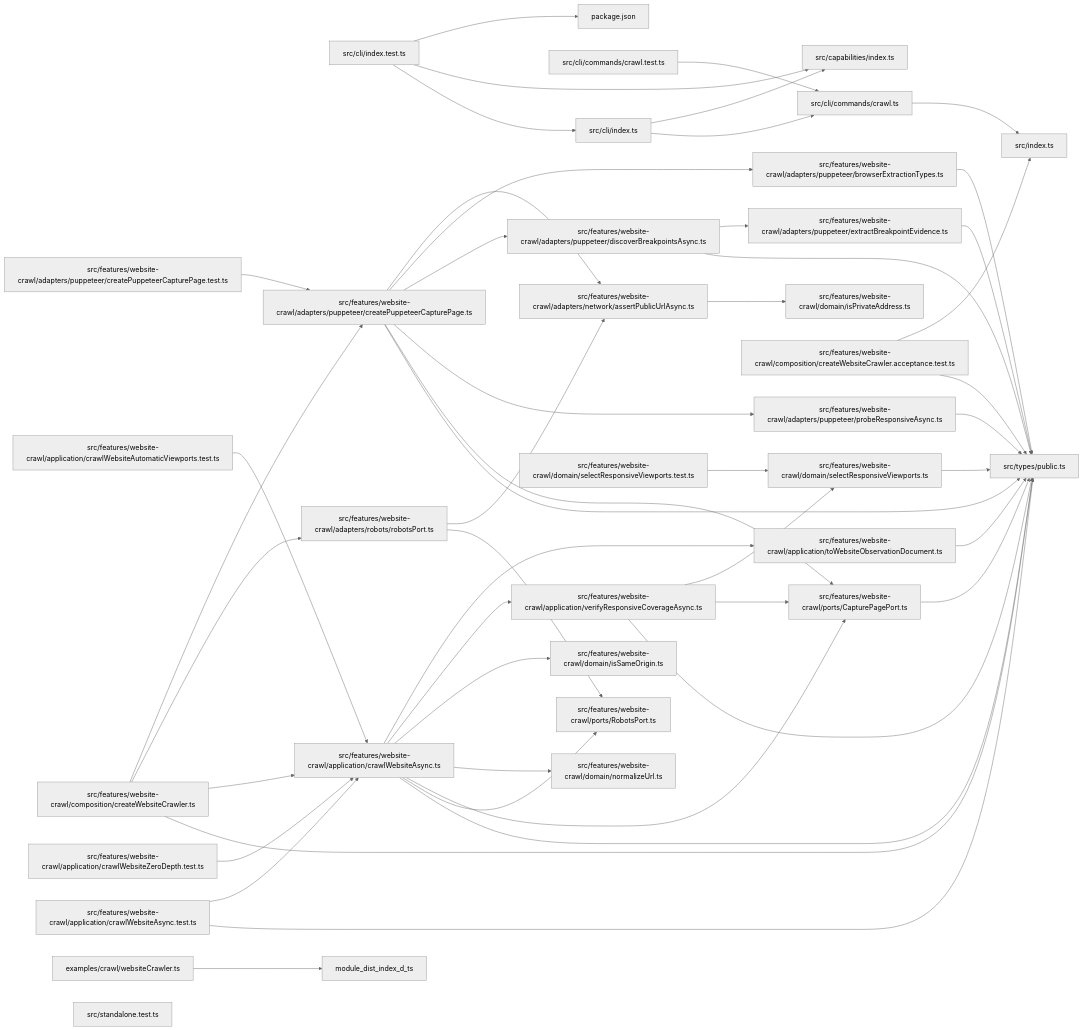
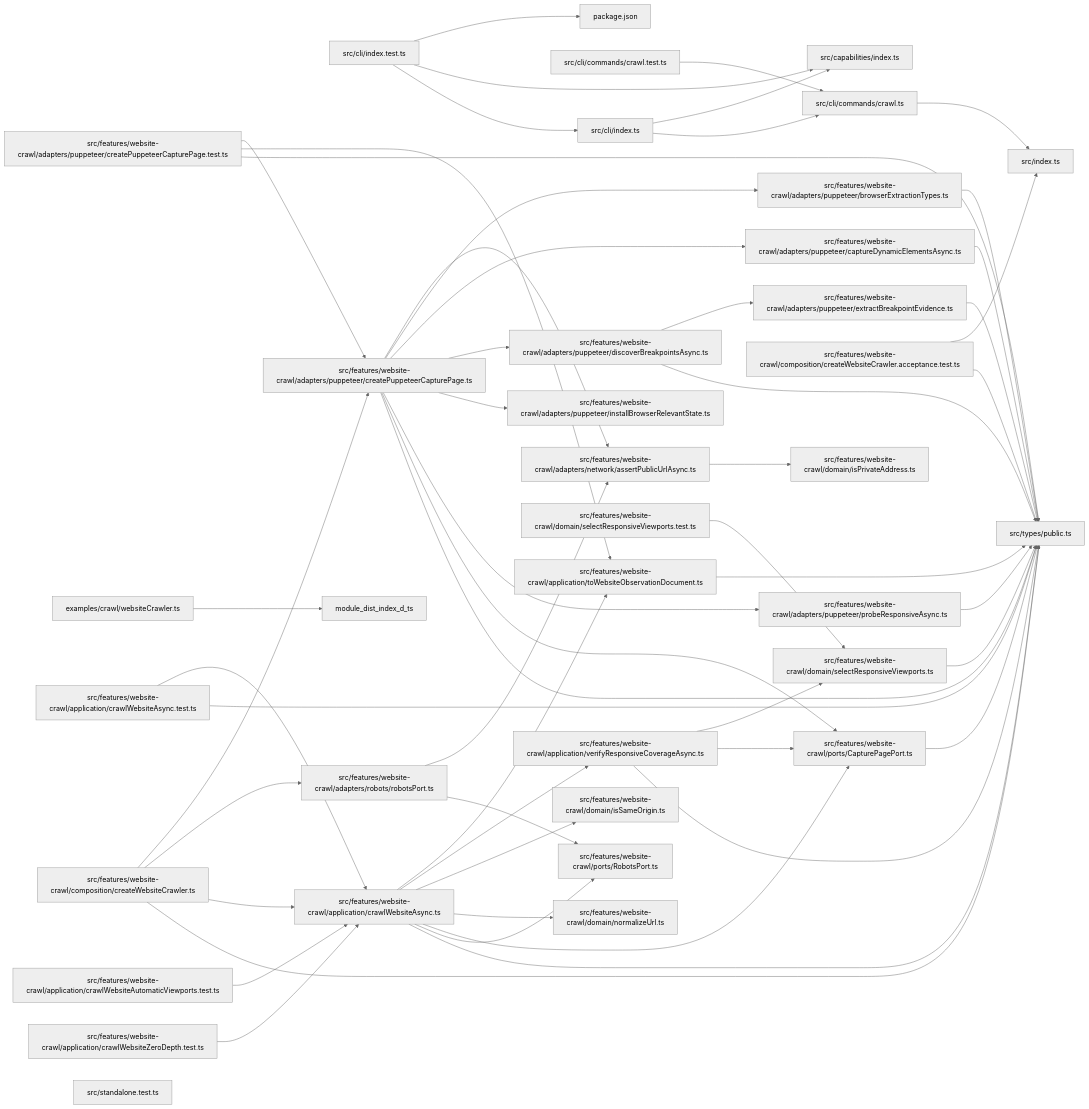
One commit to ankhorage/scraper changed the diagram in paradox/diagrams/module-relationships.mmd. Above: the diagram before and after it, drawn with Mermaid (neutral theme). The commit also changed 12 other files, not shown here.

```diff
--- a/paradox/diagrams/module-relationships.mmd
+++ b/paradox/diagrams/module-relationships.mmd
@@ -1,81 +1,88 @@
 graph LR
   module_examples_crawl_websiteCrawler_ts["examples/crawl/websiteCrawler.ts"]
   module_package_json["package.json"]
   module_src_capabilities_index_ts["src/capabilities/index.ts"]
   module_src_cli_commands_crawl_test_ts["src/cli/commands/crawl.test.ts"]
   module_src_cli_commands_crawl_ts["src/cli/commands/crawl.ts"]
   module_src_cli_index_test_ts["src/cli/index.test.ts"]
   module_src_cli_index_ts["src/cli/index.ts"]
   module_src_features_website_crawl_adapters_network_assertPublicUrlAsync_ts["src/features/website-crawl/adapters/network/assertPublicUrlAsync.ts"]
   module_src_features_website_crawl_adapters_puppeteer_browserExtractionTypes_ts["src/features/website-crawl/adapters/puppeteer/browserExtractionTypes.ts"]
+  module_src_features_website_crawl_adapters_puppeteer_captureDynamicElementsAsync_ts["src/features/website-crawl/adapters/puppeteer/captureDynamicElementsAsync.ts"]
   module_src_features_website_crawl_adapters_puppeteer_createPuppeteerCapturePage_test_ts["src/features/website-crawl/adapters/puppeteer/createPuppeteerCapturePage.test.ts"]
   module_src_features_website_crawl_adapters_puppeteer_createPuppeteerCapturePage_ts["src/features/website-crawl/adapters/puppeteer/createPuppeteerCapturePage.ts"]
   module_src_features_website_crawl_adapters_puppeteer_discoverBreakpointsAsync_ts["src/features/website-crawl/adapters/puppeteer/discoverBreakpointsAsync.ts"]
   module_src_features_website_crawl_adapters_puppeteer_extractBreakpointEvidence_ts["src/features/website-crawl/adapters/puppeteer/extractBreakpointEvidence.ts"]
+  module_src_features_website_crawl_adapters_puppeteer_installBrowserRelevantState_ts["src/features/website-crawl/adapters/puppeteer/installBrowserRelevantState.ts"]
   module_src_features_website_crawl_adapters_puppeteer_probeResponsiveAsync_ts["src/features/website-crawl/adapters/puppeteer/probeResponsiveAsync.ts"]
   module_src_features_website_crawl_adapters_robots_robotsPort_ts["src/features/website-crawl/adapters/robots/robotsPort.ts"]
   module_src_features_website_crawl_application_crawlWebsiteAsync_test_ts["src/features/website-crawl/application/crawlWebsiteAsync.test.ts"]
   module_src_features_website_crawl_application_crawlWebsiteAsync_ts["src/features/website-crawl/application/crawlWebsiteAsync.ts"]
   module_src_features_website_crawl_application_crawlWebsiteAutomaticViewports_test_ts["src/features/website-crawl/application/crawlWebsiteAutomaticViewports.test.ts"]
   module_src_features_website_crawl_application_crawlWebsiteZeroDepth_test_ts["src/features/website-crawl/application/crawlWebsiteZeroDepth.test.ts"]
   module_src_features_website_crawl_application_toWebsiteObservationDocument_ts["src/features/website-crawl/application/toWebsiteObservationDocument.ts"]
   module_src_features_website_crawl_application_verifyResponsiveCoverageAsync_ts["src/features/website-crawl/application/verifyResponsiveCoverageAsync.ts"]
   module_src_features_website_crawl_composition_createWebsiteCrawler_acceptance_test_ts["src/features/website-crawl/composition/createWebsiteCrawler.acceptance.test.ts"]
   module_src_features_website_crawl_composition_createWebsiteCrawler_ts["src/features/website-crawl/composition/createWebsiteCrawler.ts"]
   module_src_features_website_crawl_domain_isPrivateAddress_ts["src/features/website-crawl/domain/isPrivateAddress.ts"]
   module_src_features_website_crawl_domain_isSameOrigin_ts["src/features/website-crawl/domain/isSameOrigin.ts"]
   module_src_features_website_crawl_domain_normalizeUrl_ts["src/features/website-crawl/domain/normalizeUrl.ts"]
   module_src_features_website_crawl_domain_selectResponsiveViewports_test_ts["src/features/website-crawl/domain/selectResponsiveViewports.test.ts"]
   module_src_features_website_crawl_domain_selectResponsiveViewports_ts["src/features/website-crawl/domain/selectResponsiveViewports.ts"]
   module_src_features_website_crawl_ports_CapturePagePort_ts["src/features/website-crawl/ports/CapturePagePort.ts"]
   module_src_features_website_crawl_ports_RobotsPort_ts["src/features/website-crawl/ports/RobotsPort.ts"]
   module_src_index_ts["src/index.ts"]
   module_src_standalone_test_ts["src/standalone.test.ts"]
   module_src_types_public_ts["src/types/public.ts"]
   module_examples_crawl_websiteCrawler_ts --> module_dist_index_d_ts
   module_src_cli_commands_crawl_test_ts --> module_src_cli_commands_crawl_ts
   module_src_cli_commands_crawl_ts --> module_src_index_ts
   module_src_cli_index_test_ts --> module_package_json
   module_src_cli_index_test_ts --> module_src_capabilities_index_ts
   module_src_cli_index_test_ts --> module_src_cli_index_ts
   module_src_cli_index_ts --> module_src_capabilities_index_ts
   module_src_cli_index_ts --> module_src_cli_commands_crawl_ts
   module_src_features_website_crawl_adapters_network_assertPublicUrlAsync_ts --> module_src_features_website_crawl_domain_isPrivateAddress_ts
   module_src_features_website_crawl_adapters_puppeteer_browserExtractionTypes_ts --> module_src_types_public_ts
+  module_src_features_website_crawl_adapters_puppeteer_captureDynamicElementsAsync_ts --> module_src_types_public_ts
   module_src_features_website_crawl_adapters_puppeteer_createPuppeteerCapturePage_test_ts --> module_src_features_website_crawl_adapters_puppeteer_createPuppeteerCapturePage_ts
+  module_src_features_website_crawl_adapters_puppeteer_createPuppeteerCapturePage_test_ts --> module_src_features_website_crawl_application_toWebsiteObservationDocument_ts
+  module_src_features_website_crawl_adapters_puppeteer_createPuppeteerCapturePage_test_ts --> module_src_types_public_ts
   module_src_features_website_crawl_adapters_puppeteer_createPuppeteerCapturePage_ts --> module_src_features_website_crawl_adapters_network_assertPublicUrlAsync_ts
   module_src_features_website_crawl_adapters_puppeteer_createPuppeteerCapturePage_ts --> module_src_features_website_crawl_adapters_puppeteer_browserExtractionTypes_ts
+  module_src_features_website_crawl_adapters_puppeteer_createPuppeteerCapturePage_ts --> module_src_features_website_crawl_adapters_puppeteer_captureDynamicElementsAsync_ts
   module_src_features_website_crawl_adapters_puppeteer_createPuppeteerCapturePage_ts --> module_src_features_website_crawl_adapters_puppeteer_discoverBreakpointsAsync_ts
+  module_src_features_website_crawl_adapters_puppeteer_createPuppeteerCapturePage_ts --> module_src_features_website_crawl_adapters_puppeteer_installBrowserRelevantState_ts
   module_src_features_website_crawl_adapters_puppeteer_createPuppeteerCapturePage_ts --> module_src_features_website_crawl_adapters_puppeteer_probeResponsiveAsync_ts
   module_src_features_website_crawl_adapters_puppeteer_createPuppeteerCapturePage_ts --> module_src_features_website_crawl_ports_CapturePagePort_ts
   module_src_features_website_crawl_adapters_puppeteer_createPuppeteerCapturePage_ts --> module_src_types_public_ts
   module_src_features_website_crawl_adapters_puppeteer_discoverBreakpointsAsync_ts --> module_src_features_website_crawl_adapters_puppeteer_extractBreakpointEvidence_ts
   module_src_features_website_crawl_adapters_puppeteer_discoverBreakpointsAsync_ts --> module_src_types_public_ts
   module_src_features_website_crawl_adapters_puppeteer_extractBreakpointEvidence_ts --> module_src_types_public_ts
   module_src_features_website_crawl_adapters_puppeteer_probeResponsiveAsync_ts --> module_src_types_public_ts
   module_src_features_website_crawl_adapters_robots_robotsPort_ts --> module_src_features_website_crawl_adapters_network_assertPublicUrlAsync_ts
   module_src_features_website_crawl_adapters_robots_robotsPort_ts --> module_src_features_website_crawl_ports_RobotsPort_ts
   module_src_features_website_crawl_application_crawlWebsiteAsync_test_ts --> module_src_features_website_crawl_application_crawlWebsiteAsync_ts
   module_src_features_website_crawl_application_crawlWebsiteAsync_test_ts --> module_src_types_public_ts
   module_src_features_website_crawl_application_crawlWebsiteAsync_ts --> module_src_features_website_crawl_application_toWebsiteObservationDocument_ts
   module_src_features_website_crawl_application_crawlWebsiteAsync_ts --> module_src_features_website_crawl_application_verifyResponsiveCoverageAsync_ts
   module_src_features_website_crawl_application_crawlWebsiteAsync_ts --> module_src_features_website_crawl_domain_isSameOrigin_ts
   module_src_features_website_crawl_application_crawlWebsiteAsync_ts --> module_src_features_website_crawl_domain_normalizeUrl_ts
   module_src_features_website_crawl_application_crawlWebsiteAsync_ts --> module_src_features_website_crawl_ports_CapturePagePort_ts
   module_src_features_website_crawl_application_crawlWebsiteAsync_ts --> module_src_features_website_crawl_ports_RobotsPort_ts
   module_src_features_website_crawl_application_crawlWebsiteAsync_ts --> module_src_types_public_ts
   module_src_features_website_crawl_application_crawlWebsiteAutomaticViewports_test_ts --> module_src_features_website_crawl_application_crawlWebsiteAsync_ts
   module_src_features_website_crawl_application_crawlWebsiteZeroDepth_test_ts --> module_src_features_website_crawl_application_crawlWebsiteAsync_ts
   module_src_features_website_crawl_application_toWebsiteObservationDocument_ts --> module_src_types_public_ts
   module_src_features_website_crawl_application_verifyResponsiveCoverageAsync_ts --> module_src_features_website_crawl_domain_selectResponsiveViewports_ts
   module_src_features_website_crawl_application_verifyResponsiveCoverageAsync_ts --> module_src_features_website_crawl_ports_CapturePagePort_ts
   module_src_features_website_crawl_application_verifyResponsiveCoverageAsync_ts --> module_src_types_public_ts
   module_src_features_website_crawl_composition_createWebsiteCrawler_acceptance_test_ts --> module_src_index_ts
   module_src_features_website_crawl_composition_createWebsiteCrawler_acceptance_test_ts --> module_src_types_public_ts
   module_src_features_website_crawl_composition_createWebsiteCrawler_ts --> module_src_features_website_crawl_adapters_puppeteer_createPuppeteerCapturePage_ts
   module_src_features_website_crawl_composition_createWebsiteCrawler_ts --> module_src_features_website_crawl_adapters_robots_robotsPort_ts
   module_src_features_website_crawl_composition_createWebsiteCrawler_ts --> module_src_features_website_crawl_application_crawlWebsiteAsync_ts
   module_src_features_website_crawl_composition_createWebsiteCrawler_ts --> module_src_types_public_ts
   module_src_features_website_crawl_domain_selectResponsiveViewports_test_ts --> module_src_features_website_crawl_domain_selectResponsiveViewports_ts
   module_src_features_website_crawl_domain_selectResponsiveViewports_ts --> module_src_types_public_ts
   module_src_features_website_crawl_ports_CapturePagePort_ts --> module_src_types_public_ts
```
